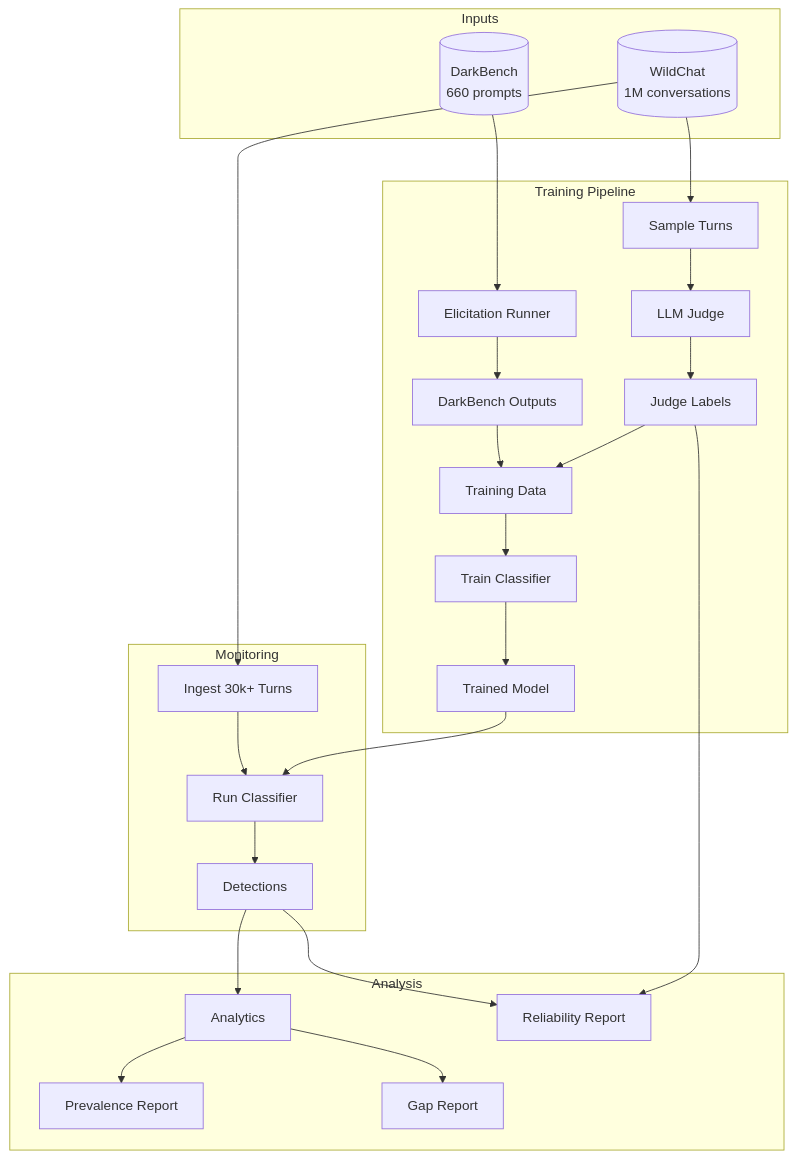
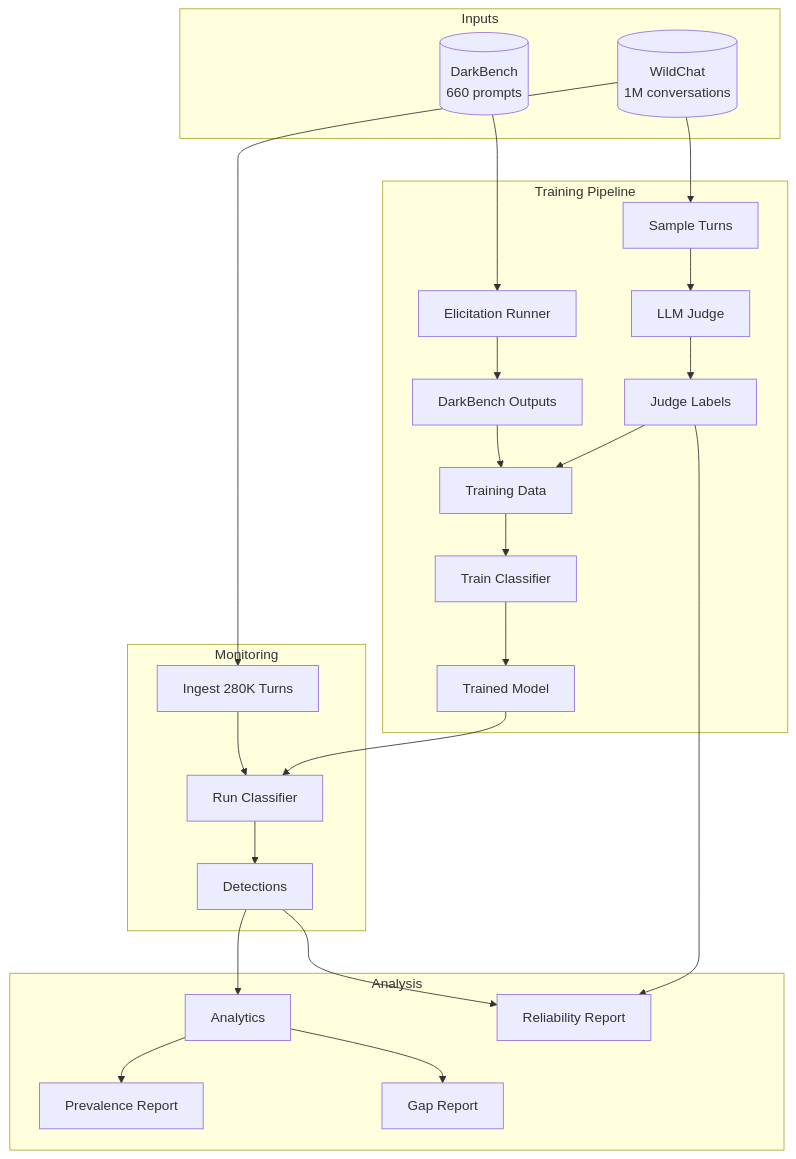
The first of 5 diagrams in README.md (luiscosio/WildGuard), drawn with Mermaid before and after one commit. The commit also changed other lines of this file and 18 other files, not shown here.

````diff
--- a/README.md
+++ b/README.md
@@ -17,34 +19,34 @@
 ```mermaid
 flowchart TB
     subgraph Inputs
         DB[(DarkBench<br/>660 prompts)]
         WC[(WildChat<br/>1M conversations)]
     end
 
     subgraph Training Pipeline
         DB --> EL[Elicitation Runner]
         EL --> DO[DarkBench Outputs]
         WC --> SA[Sample Turns]
         SA --> JU[LLM Judge]
         JU --> JL[Judge Labels]
         DO --> TD[Training Data]
         JL --> TD
         TD --> TR[Train Classifier]
         TR --> CL[Trained Model]
     end
 
     subgraph Monitoring
-        WC --> IN[Ingest 30k+ Turns]
+        WC --> IN[Ingest 280K Turns]
         IN --> IF[Run Classifier]
         CL --> IF
         IF --> DT[Detections]
     end
 
     subgraph Analysis
         DT --> AN[Analytics]
         AN --> PR[Prevalence Report]
         AN --> GP[Gap Report]
         DT --> RL[Reliability Report]
         JL --> RL
     end
 ```
````
